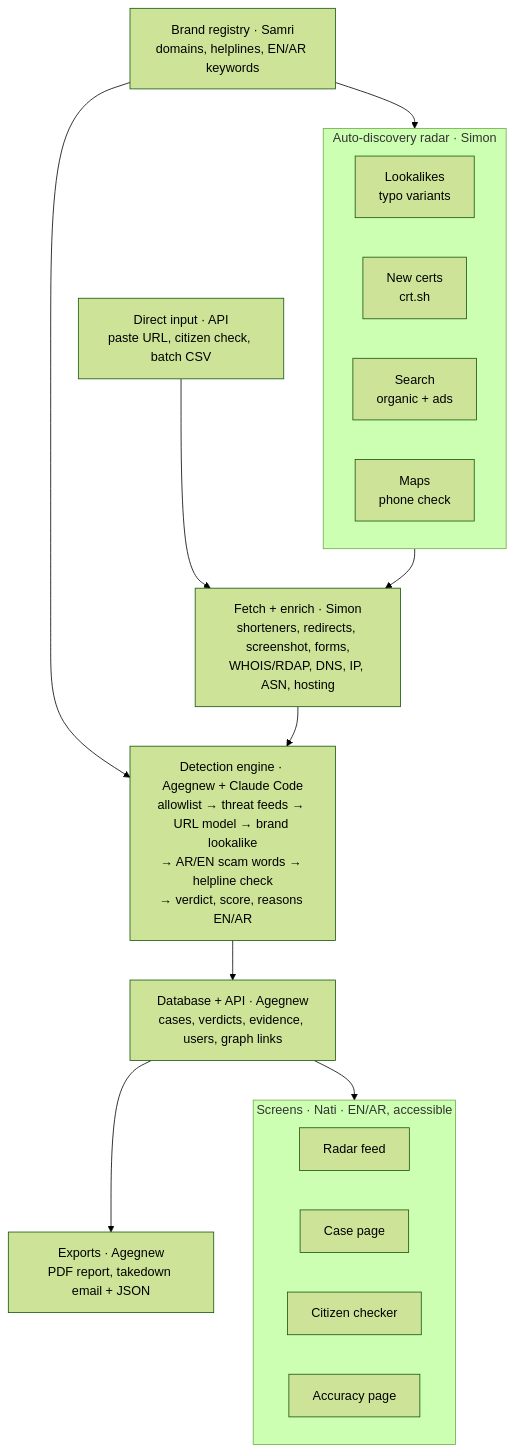
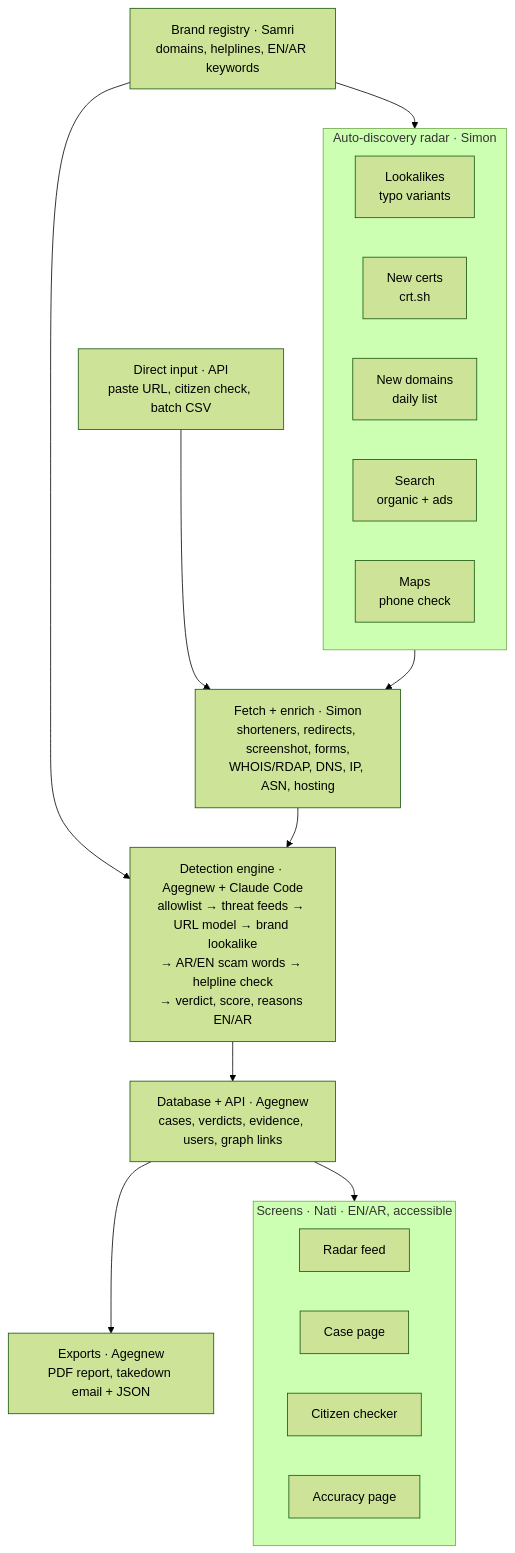
The diagram in README.md (agegnew/ScamShield), drawn with Mermaid (forest theme) before and after one commit. The commit also changed other lines of this file and 51 other files, not shown here.

````diff
--- a/README.md
+++ b/README.md
@@ -74,29 +74,30 @@
 ```mermaid
 flowchart TD
   subgraph RADAR["Auto-discovery radar · Simon"]
     L[Lookalikes<br/>typo variants]
     C[New certs<br/>crt.sh]
+    N[New domains<br/>daily list]
     S[Search<br/>organic + ads]
     M[Maps<br/>phone check]
   end
   D[Direct input · API<br/>paste URL, citizen check, batch CSV]
   B[Brand registry · Samri<br/>domains, helplines, EN/AR keywords]
   F[Fetch + enrich · Simon<br/>shorteners, redirects, screenshot, forms,<br/>WHOIS/RDAP, DNS, IP, ASN, hosting]
   E[Detection engine · Agegnew + Claude Code<br/>allowlist → threat feeds → URL model → brand lookalike<br/>→ AR/EN scam words → helpline check<br/>→ verdict, score, reasons EN/AR]
   DB[Database + API · Agegnew<br/>cases, verdicts, evidence, users, graph links]
   X[Exports · Agegnew<br/>PDF report, takedown email + JSON]
   subgraph UI["Screens · Nati · EN/AR, accessible"]
     U1[Radar feed]
     U2[Case page]
     U3[Citizen checker]
     U4[Accuracy page]
   end
   B --> RADAR
   B --> E
   RADAR --> F
   D --> F
   F --> E
   E --> DB
   DB --> X
   DB --> UI
 ```
````
